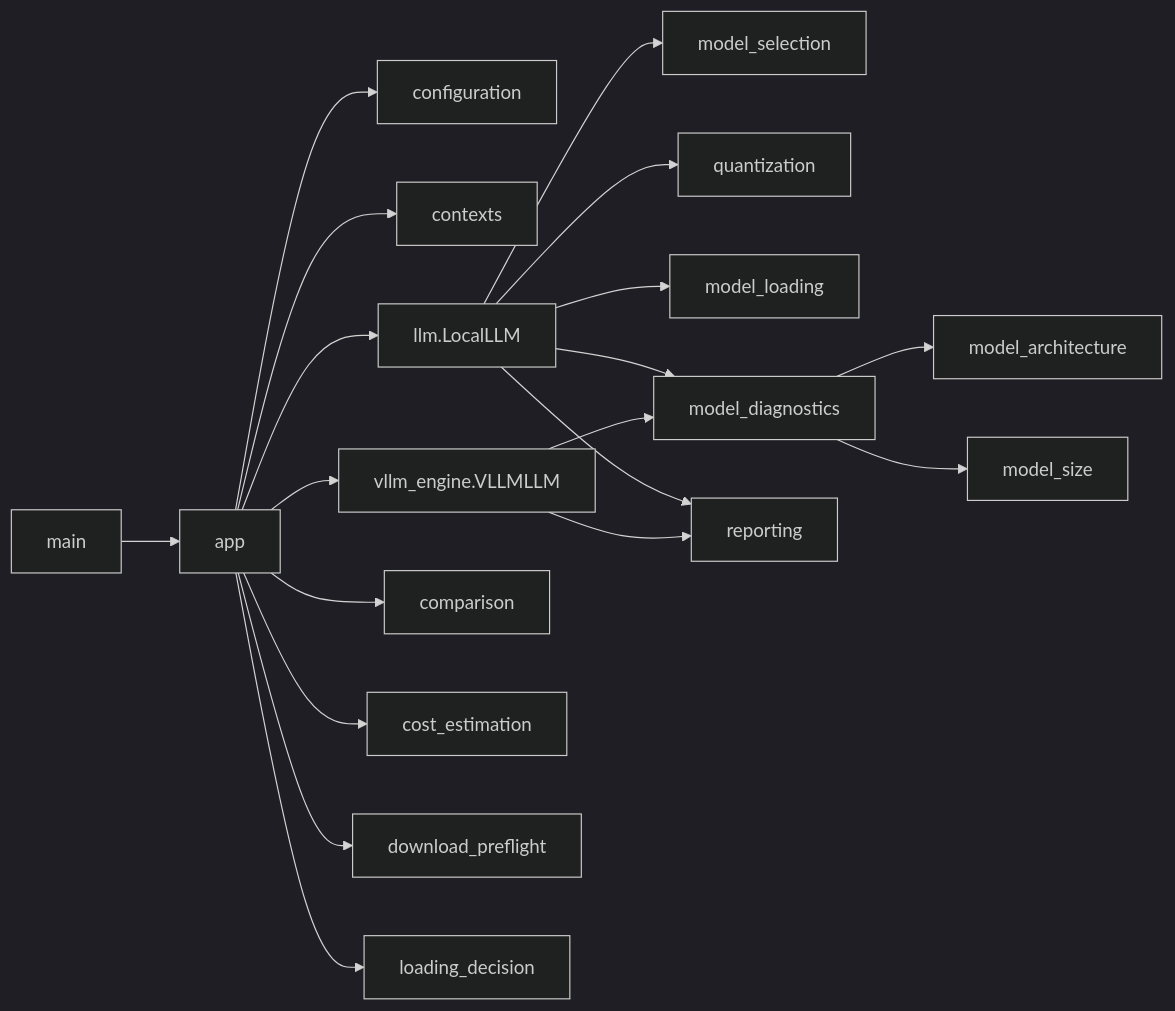
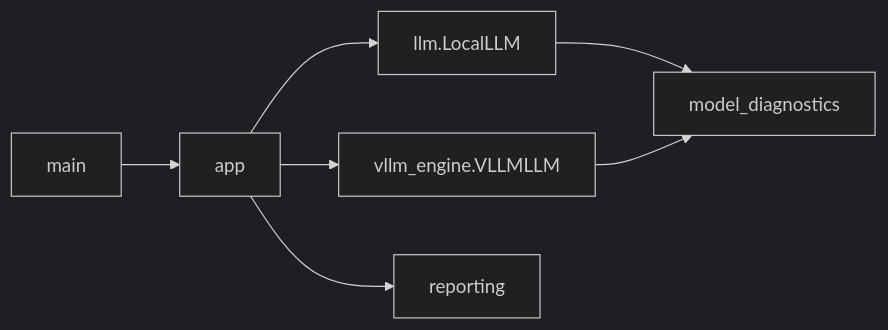
The fourth of 4 diagrams in docs/architecture.md (cognityx/cognityx-inference), drawn with Mermaid (dark theme) before and after one commit. The commit also changed other lines of this file and 27 other files, not shown here.

````diff
--- a/docs/architecture.md
+++ b/docs/architecture.md
@@ -5,21 +106,9 @@
 ```mermaid
 flowchart LR
     main --> app
-    app --> configuration
-    app --> contexts
     app --> LocalLLM[llm.LocalLLM]
     app --> VLLMLLM[vllm_engine.VLLMLLM]
-    app --> comparison
-    app --> cost_estimation
-    app --> download_preflight
-    app --> loading_decision
-    LocalLLM --> model_selection
-    LocalLLM --> quantization
-    LocalLLM --> model_loading
+    app --> reporting
     LocalLLM --> model_diagnostics
-    LocalLLM --> reporting
-    VLLMLLM --> reporting
     VLLMLLM --> model_diagnostics
-    model_diagnostics --> model_architecture
-    model_diagnostics --> model_size
 ```
````
